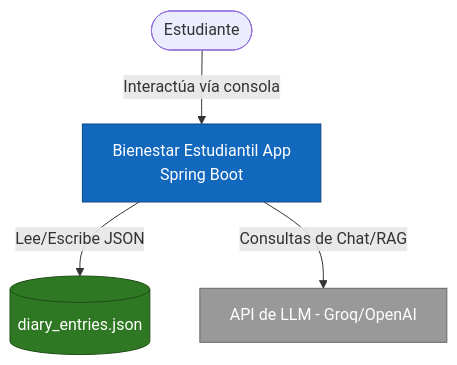
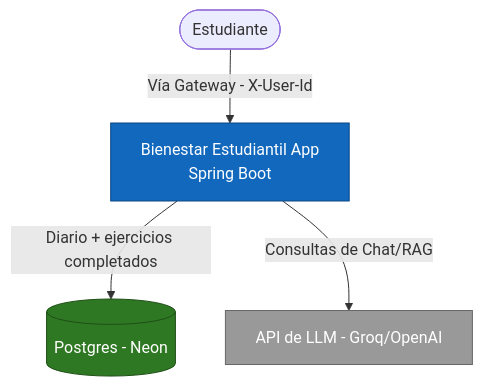
One commit to PATRICIA-Ingenierios-del-prompt/LLM-Backend changed the first of 3 diagrams in README.md. Above: the diagram before and after it, drawn with Mermaid. The commit also changed other lines of this file and 19 other files, not shown here.

````diff
--- a/README.md
+++ b/README.md
@@ -52,14 +57,14 @@
 ```mermaid
 graph TD
-    User([Estudiante]) -->|Interactúa vía consola| App[Bienestar Estudiantil App\nSpring Boot]
-    App -->|Lee/Escribe JSON| LocalDB[(diary_entries.json)]
+    User([Estudiante]) -->|Vía Gateway - X-User-Id| App[Bienestar Estudiantil App\nSpring Boot]
+    App -->|Diario + ejercicios completados| PgDB[(Postgres - Neon)]
     App -->|Consultas de Chat/RAG| LLM[API de LLM - Groq/OpenAI]
     
     classDef sys fill:#1168bd,stroke:#0b4884,color:#ffffff;
     classDef ext fill:#999999,stroke:#666666,color:#ffffff;
     classDef db fill:#2f7823,stroke:#1f4e17,color:#ffffff;
     
     class App sys;
     class LLM ext;
-    class LocalDB db;
+    class PgDB db;
 ```
````
